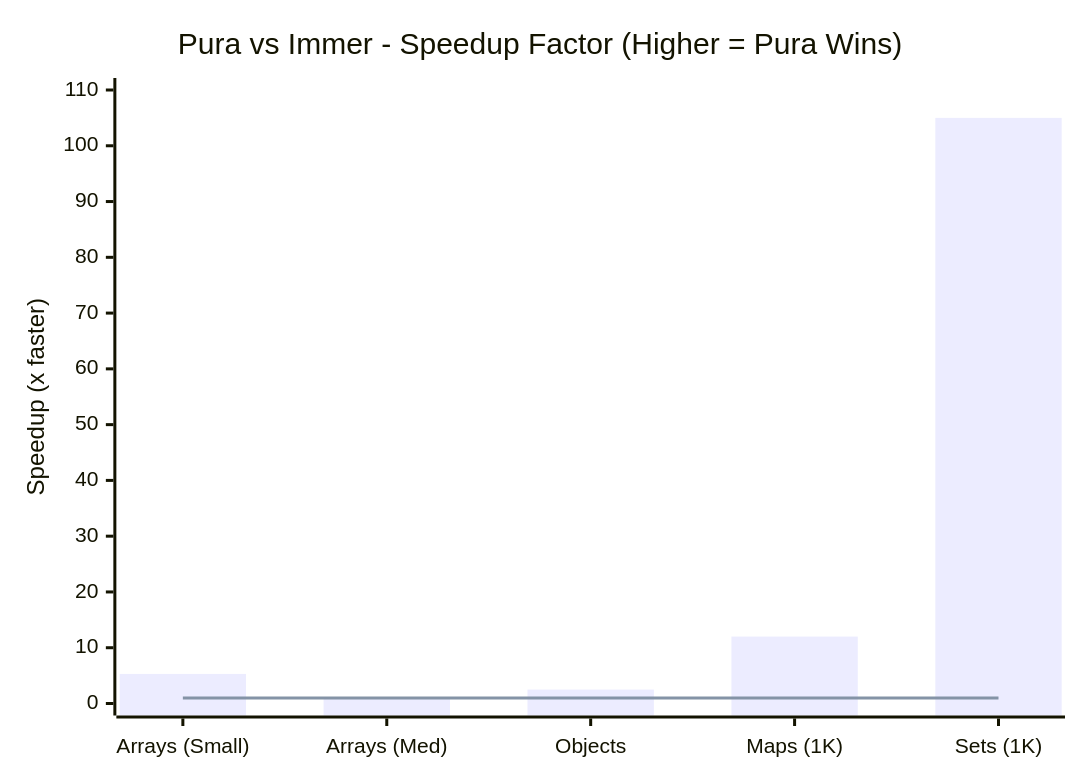
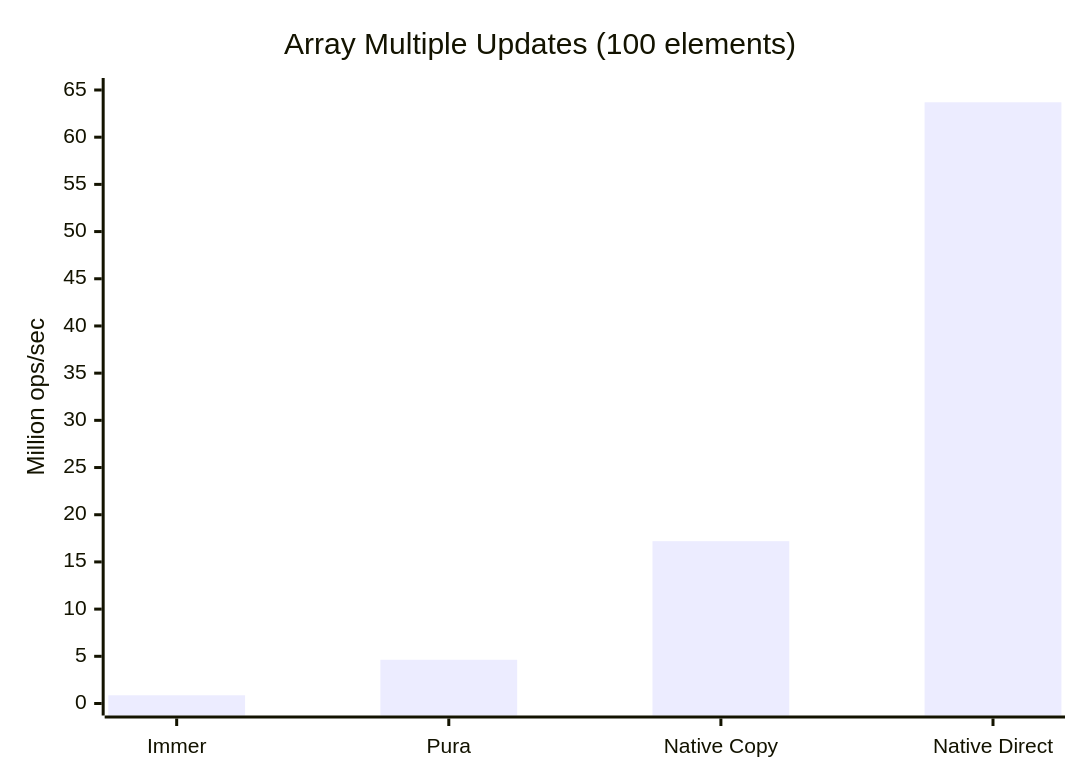
Before and after one commit to SylphxAI/pura: the first of 5 diagrams in README.md, drawn with Mermaid. The commit also changed other lines of this file, not shown here.

First line of the commit message:
docs(readme): replace speedup charts with absolute performance values

````diff
--- a/README.md
+++ b/README.md
@@ -229,14 +229,13 @@
 ```mermaid
 ---
 config:
   themeVariables:
     xyChart:
       backgroundColor: "transparent"
 ---
 xychart-beta
-    title "Pura vs Immer - Speedup Factor (Higher = Pura Wins)"
-    x-axis ["Arrays (Small)", "Arrays (Med)", "Objects", "Maps (1K)", "Sets (1K)"]
-    y-axis "Speedup (x faster)" 0 --> 110
-    bar [5.3, 1.1, 2.5, 12.0, 105.0]
-    line [1, 1, 1, 1, 1]
+    title "Array Multiple Updates (100 elements)"
+    x-axis ["Immer", "Pura", "Native Copy", "Native Direct"]
+    y-axis "Million ops/sec" 0 --> 65
+    bar [0.87, 4.63, 17.2, 63.7]
 ```
````
